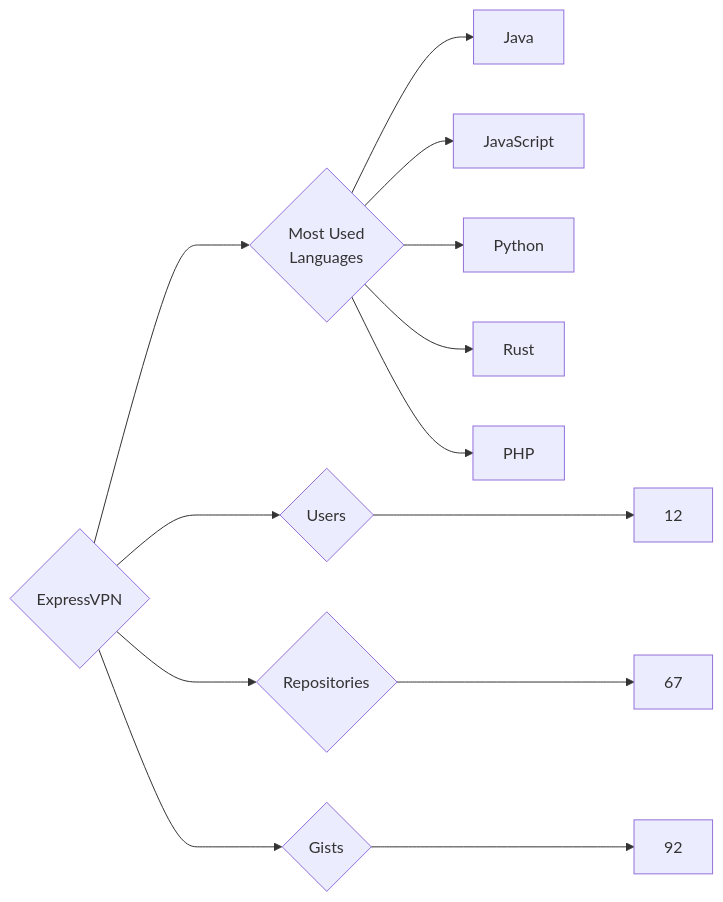
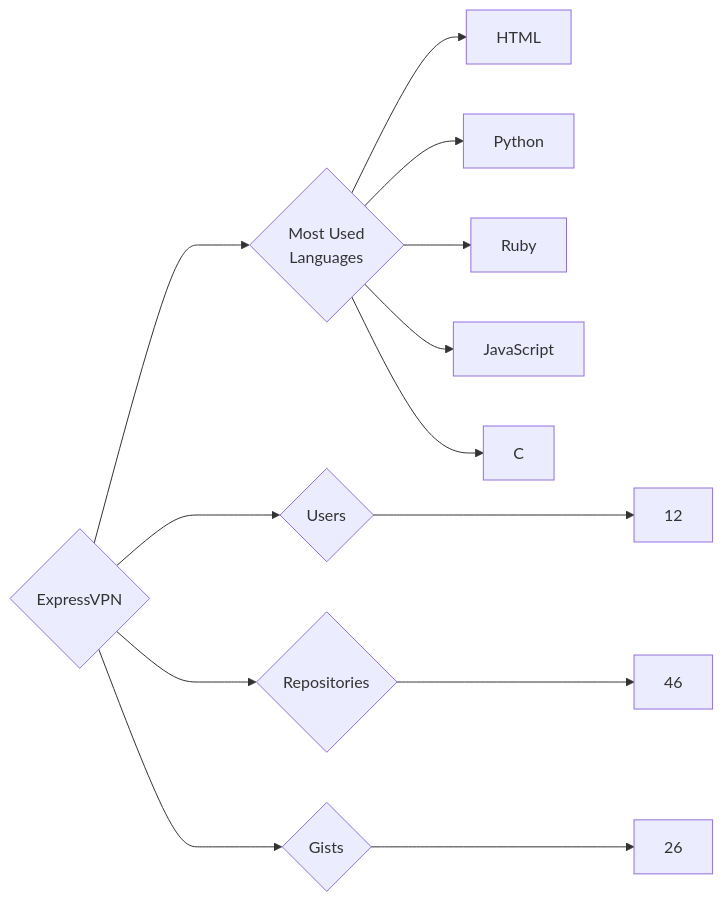
The diagram in targets/ExpressVPN/README.md (trickest/insiders), drawn with Mermaid before and after one commit. The commit also changed 622 other files, not shown here.

````diff
--- a/targets/ExpressVPN/README.md
+++ b/targets/ExpressVPN/README.md
@@ -3,13 +3,13 @@
 ```mermaid
 graph LR
 COMPANY_NAME{ExpressVPN}
 COMPANY_NAME ---> U{Users} ---> UN[12]
-COMPANY_NAME ---> R{Repositories} ---> RN[67]
-COMPANY_NAME ---> G{Gists} ---> GN[92]
+COMPANY_NAME ---> R{Repositories} ---> RN[46]
+COMPANY_NAME ---> G{Gists} ---> GN[26]
 COMPANY_NAME ---> ML{Most Used<br>Languages}
-ML --> Java[Java]
+ML --> HTML[HTML]
+ML --> Python[Python]
+ML --> Ruby[Ruby]
 ML --> JavaScript[JavaScript]
-ML --> Python[Python]
-ML --> Rust[Rust]
-ML --> PHP[PHP]
+ML --> C[C]
 ```
````
